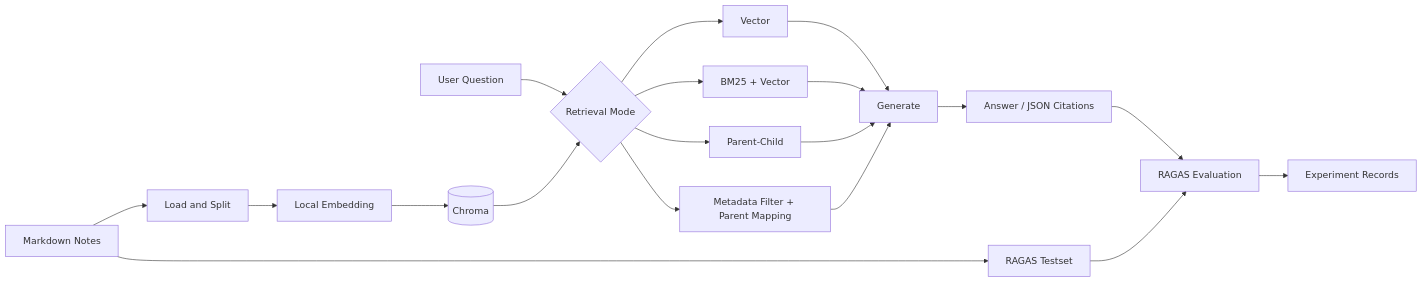
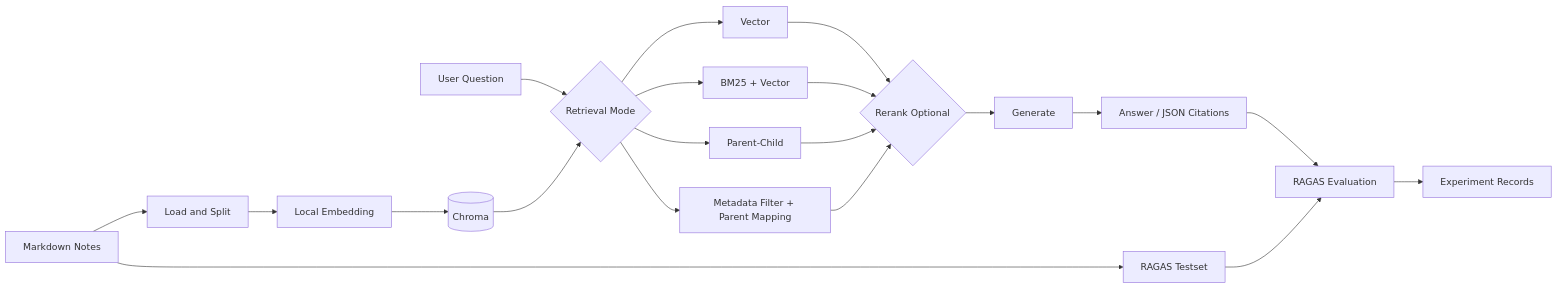
One commit to WenEnguang/RAG changed the diagram in README.md. Above: the diagram before and after it, drawn with Mermaid. The commit also changed other lines of this file, not shown here.

````diff
--- a/README.md
+++ b/README.md
@@ -31,23 +32,24 @@
 ```mermaid
 flowchart LR
     A[Markdown Notes] --> B[Load and Split]
     B --> C[Local Embedding]
     C --> D[(Chroma)]
 
     Q[User Question] --> M{Retrieval Mode}
     D --> M
     M --> V[Vector]
     M --> H[BM25 + Vector]
     M --> P[Parent-Child]
     M --> S[Metadata Filter + Parent Mapping]
-    V --> G[Generate]
-    H --> G
-    P --> G
-    S --> G
+    V --> RR{Rerank Optional}
+    H --> RR
+    P --> RR
+    S --> RR
+    RR --> G[Generate]
     G --> O[Answer / JSON Citations]
 
     A --> T[RAGAS Testset]
     O --> E[RAGAS Evaluation]
     T --> E
     E --> R[Experiment Records]
 ```
````
